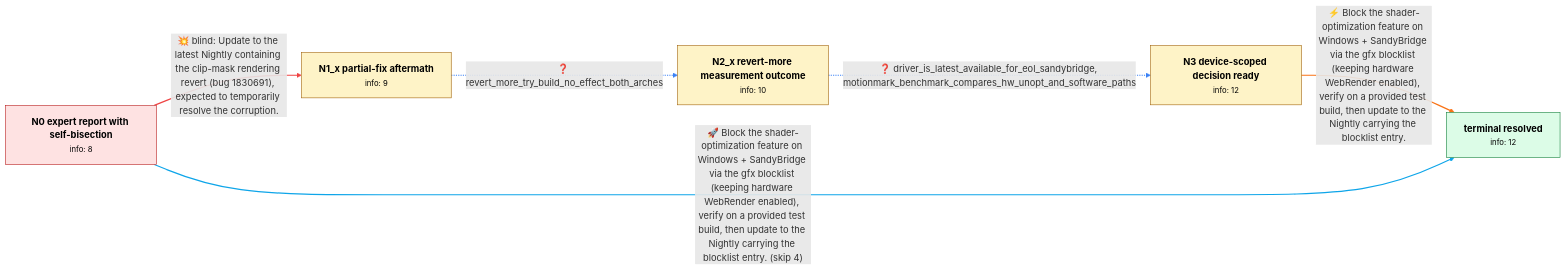
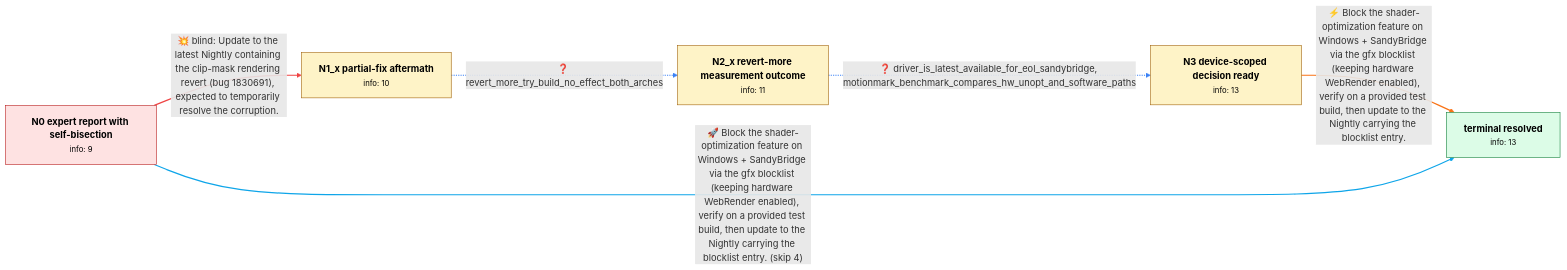
One commit to Chaoyi-He1/graph_bench changed the diagram in data/trial/review/bmo_1829487.md. Above: the diagram before and after it, drawn with Mermaid. The commit also changed other lines of this file and 29 other files, not shown here.

````diff
--- a/data/trial/review/bmo_1829487.md
+++ b/data/trial/review/bmo_1829487.md
@@ -10,26 +10,26 @@
 ```mermaid
 flowchart LR
-    N0["<b>N0 expert report with self-bisection</b><br/><small>info: 8</small>"]
-    N1_x["<b>N1_x partial-fix aftermath</b><br/><small>info: 9</small>"]
-    N2_x["<b>N2_x revert-more measurement outcome</b><br/><small>info: 10</small>"]
-    N3["<b>N3 device-scoped decision ready</b><br/><small>info: 12</small>"]
-    N_terminal["<b>terminal resolved</b><br/><small>info: 12</small>"]
+    N0["<b>N0 expert report with self-bisection</b><br/><small>info: 9</small>"]
+    N1_x["<b>N1_x partial-fix aftermath</b><br/><small>info: 10</small>"]
+    N2_x["<b>N2_x revert-more measurement outcome</b><br/><small>info: 11</small>"]
+    N3["<b>N3 device-scoped decision ready</b><br/><small>info: 13</small>"]
+    N_terminal["<b>terminal resolved</b><br/><small>info: 13</small>"]
     N0 ==>|"💥 blind: Update to the latest Nightly containing the clip-mask rendering revert (bug 1830691), expected to temporarily resolve the corruption."| N1_x
     linkStyle 0 stroke:#ef4444,stroke-width:2px
     N1_x -.->|"❓ revert_more_try_build_no_effect_both_arches"| N2_x
     linkStyle 1 stroke:#3b82f6,stroke-width:2px
     N2_x -.->|"❓ driver_is_latest_available_for_eol_sandybridge, motionmark_benchmark_compares_hw_unopt_and_software_paths"| N3
     linkStyle 2 stroke:#3b82f6,stroke-width:2px
     N3 ==>|"⚡ Block the shader-optimization feature on Windows + SandyBridge via the gfx blocklist (keeping hardware WebRender enabled), verify on a provided test build, then update to the Nightly carrying the blocklist entry."| N_terminal
     linkStyle 3 stroke:#f97316,stroke-width:2px
     N0 ==>|"🚀 Block the shader-optimization feature on Windows + SandyBridge via the gfx blocklist (keeping hardware WebRender enabled), verify on a provided test build, then update to the Nightly carrying the blocklist entry. (skip 4)"| N_terminal
     linkStyle 4 stroke:#0ea5e9,stroke-width:2px
     class N0 start
     class N1_x normal
     class N2_x normal
     class N3 normal
     class N_terminal terminal
     classDef start fill:#fee2e2,stroke:#b91c1c,color:#000
     classDef terminal fill:#dcfce7,stroke:#15803d,color:#000
     classDef normal fill:#fef3c7,stroke:#a16207,color:#000
 ```
````
